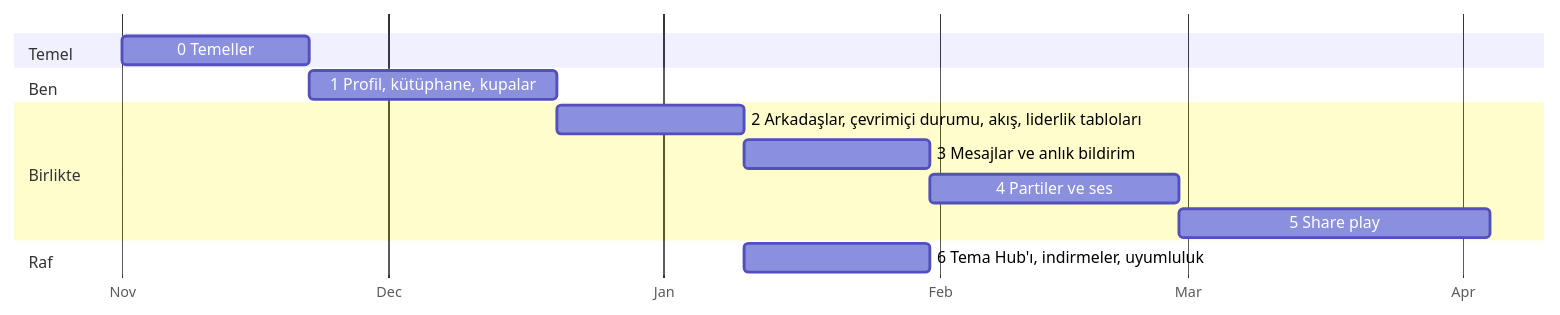
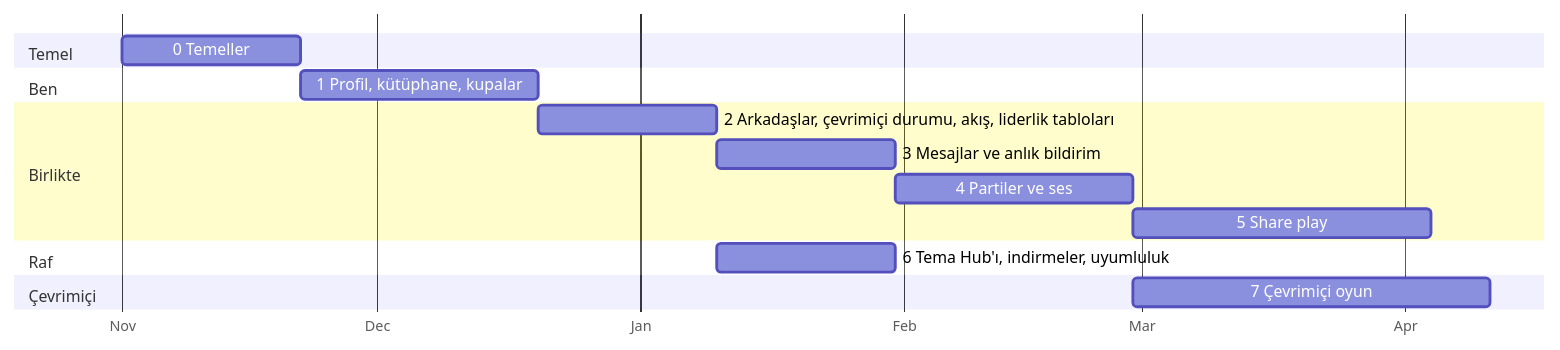
Before and after one commit to AnyTogether/AnyPS5-ARM: the diagram in docs/tr/10-yol-haritasi.md, drawn with Mermaid. The commit also changed other lines of this file and 11 other files, not shown here.

````diff
--- a/docs/tr/10-yol-haritasi.md
+++ b/docs/tr/10-yol-haritasi.md
@@ -6,16 +31,18 @@
 ```mermaid
 gantt
     dateFormat YYYY-MM-DD
     axisFormat %b
     section Temel
     0 Temeller           :p0, 2026-11-01, 3w
     section Ben
     1 Profil, kütüphane, kupalar :p1, after p0, 4w
     section Birlikte
     2 Arkadaşlar, çevrimiçi durumu, akış, liderlik tabloları :p2, after p1, 3w
     3 Mesajlar ve anlık bildirim     :p3, after p2, 3w
     4 Partiler ve ses     :p4, after p3, 4w
     5 Share play            :p5, after p4, 5w
     section Raf
     6 Tema Hub'ı, indirmeler, uyumluluk :p6, after p2, 3w
+    section Çevrimiçi
+    7 Çevrimiçi oyun      :p7, after p4, 6w
 ```
````
